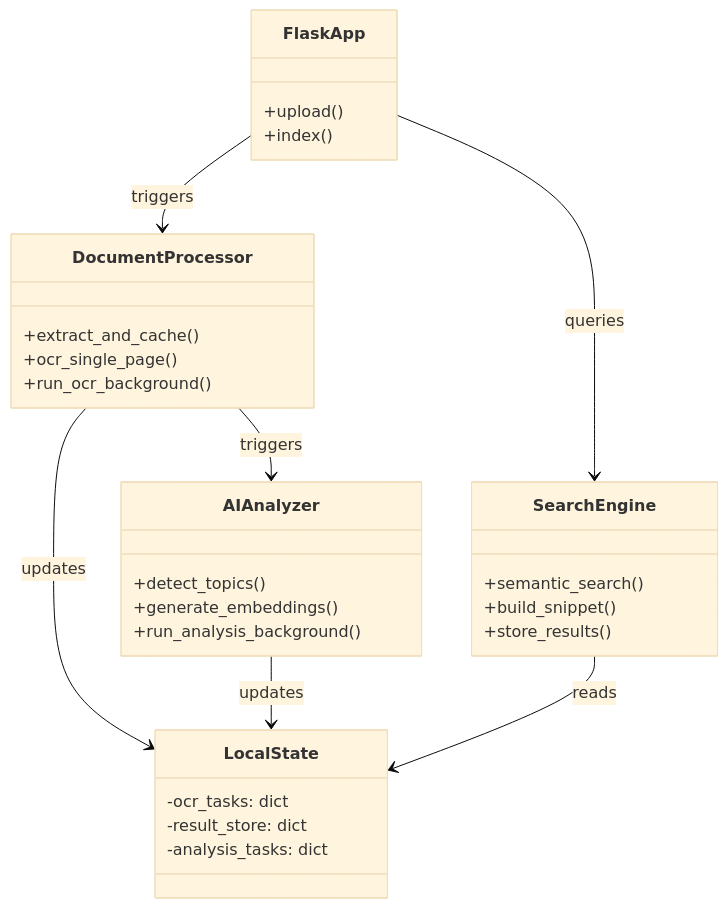
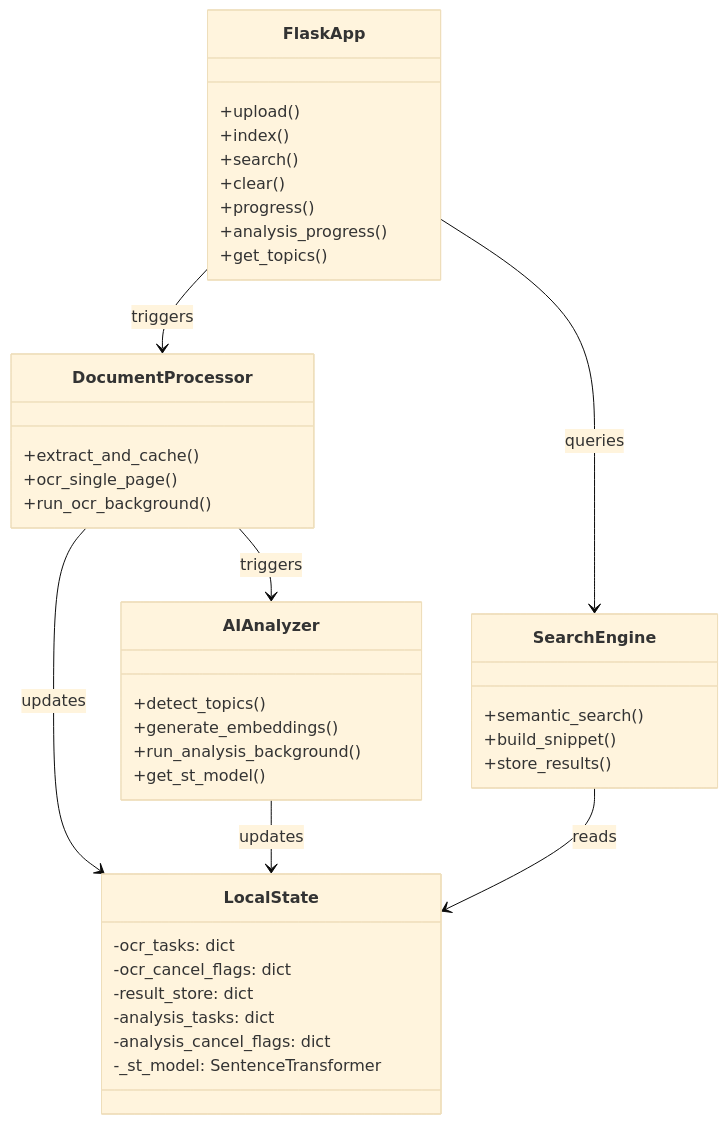
Before and after one commit to venkatesh-0910/fileSearchEngine: the third of 10 diagrams in README.md, drawn with Mermaid (base theme). The commit also changed other lines of this file, not shown here.

````diff
--- a/README.md
+++ b/README.md
@@ -186,34 +592,43 @@
 ```mermaid
 classDiagram
     class FlaskApp {
         +upload()
         +index()
+        +search()
+        +clear()
+        +progress()
+        +analysis_progress()
+        +get_topics()
     }
     class DocumentProcessor {
         +extract_and_cache()
         +ocr_single_page()
         +run_ocr_background()
     }
     class AIAnalyzer {
         +detect_topics()
         +generate_embeddings()
         +run_analysis_background()
+        +get_st_model()
     }
     class SearchEngine {
         +semantic_search()
         +build_snippet()
         +store_results()
     }
     class LocalState {
         -ocr_tasks: dict
+        -ocr_cancel_flags: dict
         -result_store: dict
         -analysis_tasks: dict
+        -analysis_cancel_flags: dict
+        -_st_model: SentenceTransformer
     }
     
     FlaskApp --> DocumentProcessor : triggers
     FlaskApp --> SearchEngine : queries
     DocumentProcessor --> AIAnalyzer : triggers
     DocumentProcessor --> LocalState : updates
     AIAnalyzer --> LocalState : updates
     SearchEngine --> LocalState : reads
 ```
````
